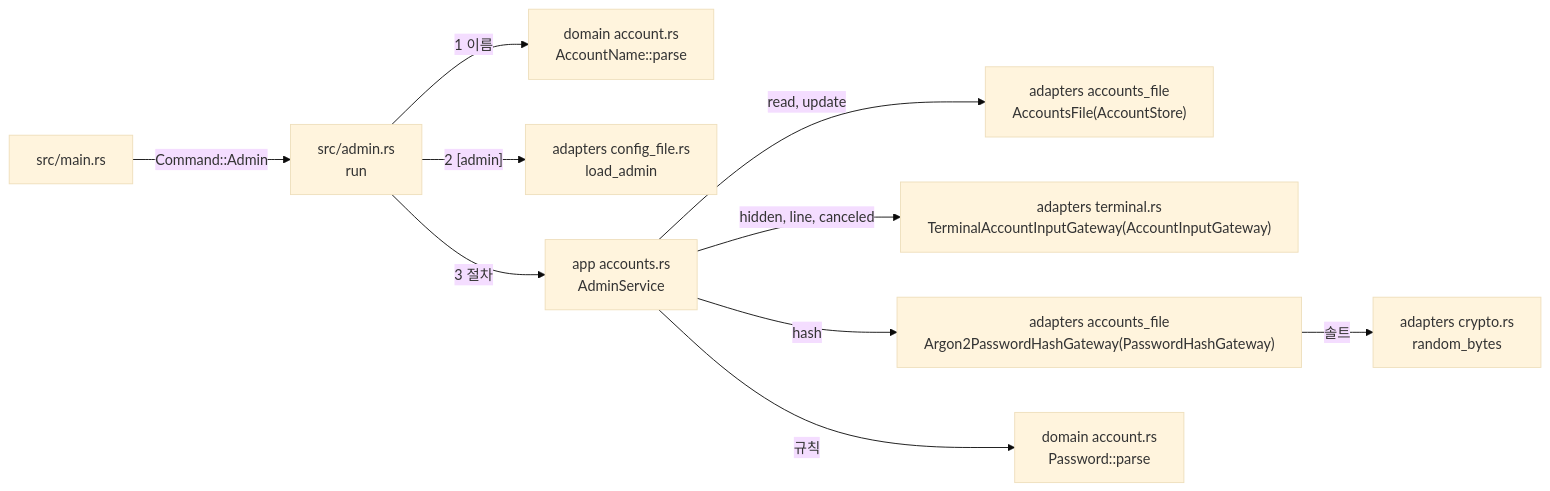
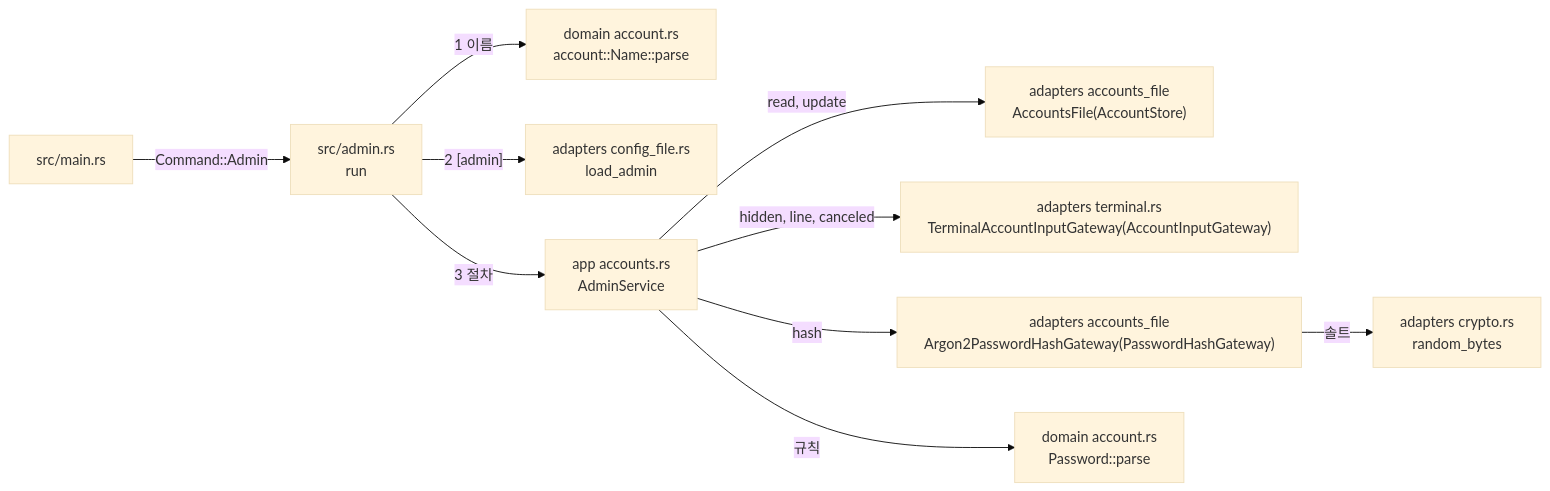
One commit to kayden-kim/vnc-relay changed the diagram in docs/architectures/admin-accounts.md. Above: the diagram before and after it, drawn with Mermaid (base theme). The commit also changed other lines of this file and 203 other files, not shown here.

````diff
--- a/docs/architectures/admin-accounts.md
+++ b/docs/architectures/admin-accounts.md
@@ -44,12 +44,12 @@
 ```mermaid
 flowchart LR
     MAIN["src/main.rs"] -->|"Command::Admin"| ADMIN["src/admin.rs<br/>run"]
-    ADMIN -->|"1 이름"| NAME["domain account.rs<br/>AccountName::parse"]
+    ADMIN -->|"1 이름"| NAME["domain account.rs<br/>account::Name::parse"]
     ADMIN -->|"2 [admin]"| CFG["adapters config_file.rs<br/>load_admin"]
     ADMIN -->|"3 절차"| SVC["app accounts.rs<br/>AdminService"]
     SVC -->|"read, update"| STORE["adapters accounts_file<br/>AccountsFile(AccountStore)"]
     SVC -->|"hidden, line, canceled"| TERM["adapters terminal.rs<br/>TerminalAccountInputGateway(AccountInputGateway)"]
     SVC -->|"hash"| HASH["adapters accounts_file<br/>Argon2PasswordHashGateway(PasswordHashGateway)"]
     SVC -->|"규칙"| PW["domain account.rs<br/>Password::parse"]
     HASH -->|"솔트"| RAND["adapters crypto.rs<br/>random_bytes"]
 ```
````
